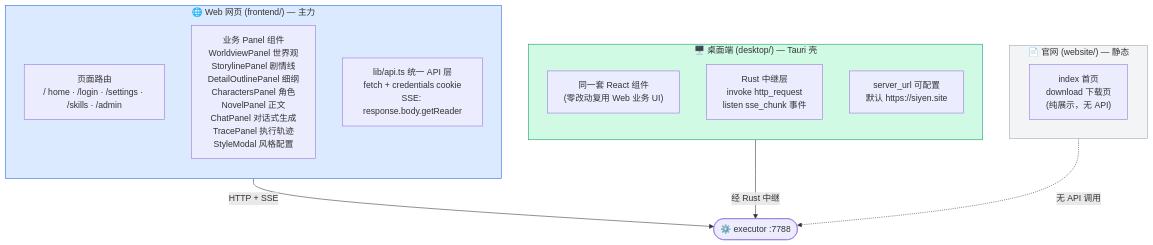
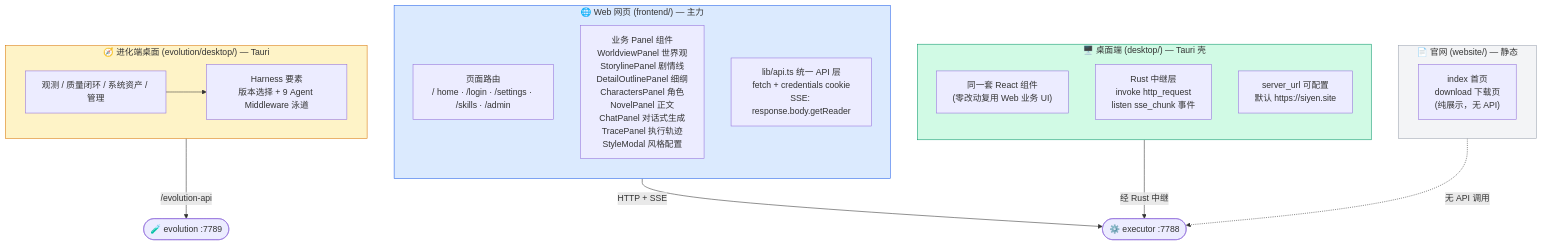
Before and after one commit to gaoshoupaper-code/EvoWriter: the fourth of 8 diagrams in docs/系统心智模型.md, drawn with Mermaid. The commit also changed other lines of this file and 10 other files, not shown here.

Commit message:
fix(evolution): 修复 Harness 版本与中间件展示

````diff
--- a/docs/系统心智模型.md
+++ b/docs/系统心智模型.md
@@ -344,34 +347,44 @@
 ```mermaid
 flowchart TD
     subgraph WebApp["🌐 Web 网页 (frontend/) — 主力"]
         direction TB
         W_Pages["页面路由<br/>/ home · /login · /settings · /skills · /admin"]
         W_Panels["业务 Panel 组件<br/>WorldviewPanel 世界观<br/>StorylinePanel 剧情线<br/>DetailOutlinePanel 细纲<br/>CharactersPanel 角色<br/>NovelPanel 正文<br/>ChatPanel 对话式生成<br/>TracePanel 执行轨迹<br/>StyleModal 风格配置"]
         W_Api["lib/api.ts 统一 API 层<br/>fetch + credentials cookie<br/>SSE: response.body.getReader"]
     end
 
     subgraph DeskApp["🖥️ 桌面端 (desktop/) — Tauri 壳"]
         direction TB
         D_UI["同一套 React 组件<br/>(零改动复用 Web 业务 UI)"]
         D_Rust["Rust 中继层<br/>invoke http_request<br/>listen sse_chunk 事件"]
         D_Conf["server_url 可配置<br/>默认 https://siyen.site"]
     end
 
     subgraph SiteApp["📄 官网 (website/) — 静态"]
         S_Pages["index 首页<br/>download 下载页<br/>(纯展示，无 API)"]
     end
 
+    subgraph EvoDesk["🧭 进化端桌面 (evolution/desktop/) — Tauri"]
+        E_UI["观测 / 质量闭环 / 系统资产 / 管理"]
+        E_Harness["Harness 要素<br/>版本选择 + 9 Agent Middleware 泳道"]
+        E_UI --> E_Harness
+    end
+
     EX(["⚙️ executor :7788"])
+    EVO(["🧪 evolution :7789"])
 
     WebApp -->|"HTTP + SSE"| EX
     DeskApp -->|"经 Rust 中继"| EX
     SiteApp -.->|"无 API 调用"| EX
+    EvoDesk -->|"/evolution-api"| EVO
 
     classDef web fill:#dbeafe,stroke:#2563eb
     classDef desk fill:#d1fae5,stroke:#059669
     classDef site fill:#f3f4f6,stroke:#9ca3af
+    classDef evo fill:#fef3c7,stroke:#d97706
 
     class WebApp web
     class DeskApp desk
     class SiteApp site
+    class EvoDesk evo
 ```
````
